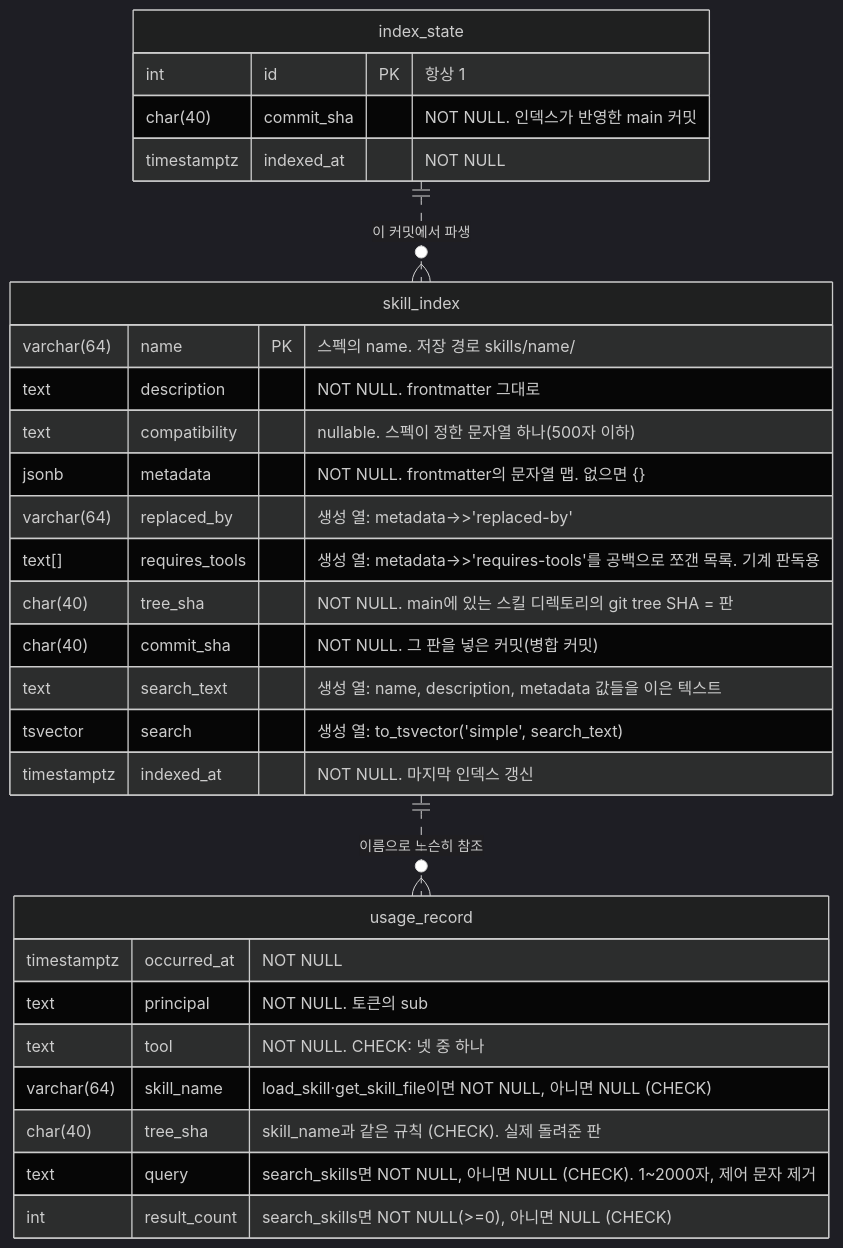
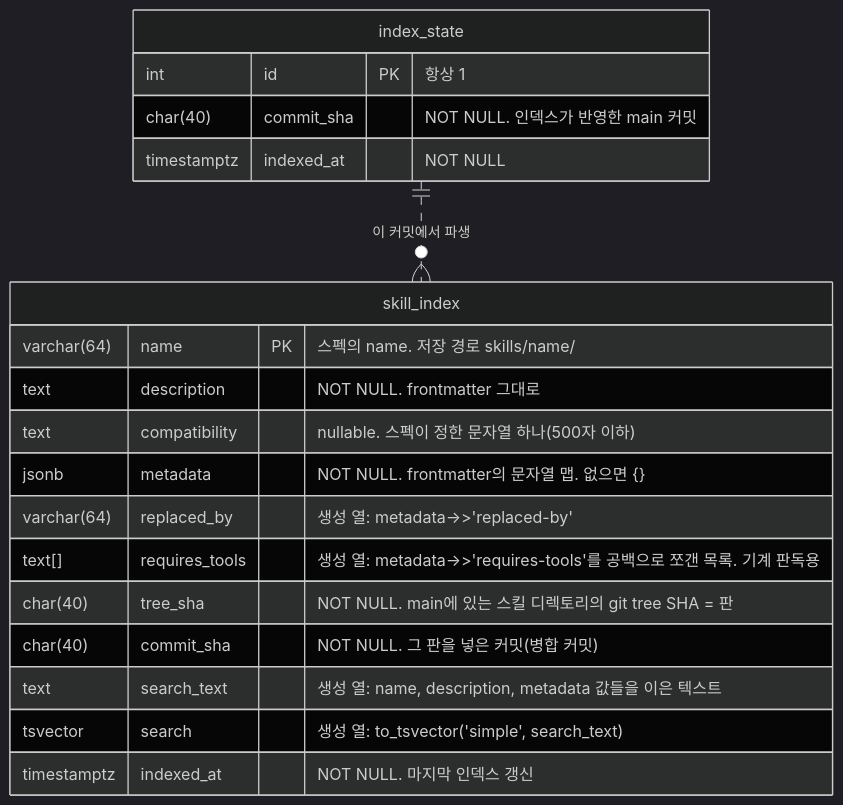
Before and after one commit to alteralab/harness-catalog: the third of 4 diagrams in DESIGN.md, drawn with Mermaid (dark theme). The commit also changed other lines of this file and 5 other files, not shown here.

First line of the commit message:
design·plans: v3.5 — 사용 기록도 Langfuse로, usage_record·보존 삭제·USAGE_RETENTION_DAYS 제거 (사용자 결정)

````diff
--- a/DESIGN.md
+++ b/DESIGN.md
@@ -210,32 +213,22 @@
 ```mermaid
 erDiagram
     skill_index {
         varchar(64) name PK "스펙의 name. 저장 경로 skills/name/"
         text description "NOT NULL. frontmatter 그대로"
         text compatibility "nullable. 스펙이 정한 문자열 하나(500자 이하)"
         jsonb metadata "NOT NULL. frontmatter의 문자열 맵. 없으면 {}"
         varchar(64) replaced_by "생성 열: metadata->>'replaced-by'"
         text[] requires_tools "생성 열: metadata->>'requires-tools'를 공백으로 쪼갠 목록. 기계 판독용"
         char(40) tree_sha "NOT NULL. main에 있는 스킬 디렉토리의 git tree SHA = 판"
         char(40) commit_sha "NOT NULL. 그 판을 넣은 커밋(병합 커밋)"
         text search_text "생성 열: name, description, metadata 값들을 이은 텍스트"
         tsvector search "생성 열: to_tsvector('simple', search_text)"
         timestamptz indexed_at "NOT NULL. 마지막 인덱스 갱신"
     }
-    usage_record {
-        timestamptz occurred_at "NOT NULL"
-        text principal "NOT NULL. 토큰의 sub"
-        text tool "NOT NULL. CHECK: 넷 중 하나"
-        varchar(64) skill_name "load_skill·get_skill_file이면 NOT NULL, 아니면 NULL (CHECK)"
-        char(40) tree_sha "skill_name과 같은 규칙 (CHECK). 실제 돌려준 판"
-        text query "search_skills면 NOT NULL, 아니면 NULL (CHECK). 1~2000자, 제어 문자 제거"
-        int result_count "search_skills면 NOT NULL(>=0), 아니면 NULL (CHECK)"
-    }
     index_state {
         int id PK "항상 1"
         char(40) commit_sha "NOT NULL. 인덱스가 반영한 main 커밋"
         timestamptz indexed_at "NOT NULL"
     }
-    skill_index ||..o{ usage_record : "이름으로 느슨히 참조"
     index_state ||..o{ skill_index : "이 커밋에서 파생"
 ```
````
